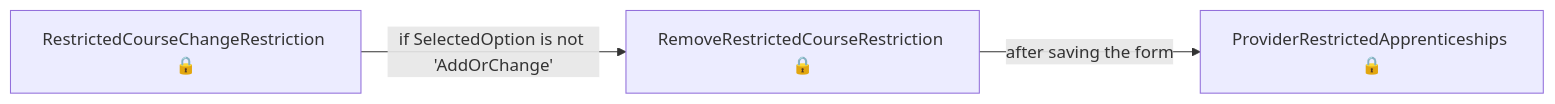
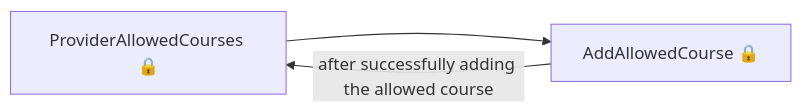
One commit to talentconsulting/atlas-dfe changed the fourth of 11 diagrams in das-admin-roatp-web/user-journeys/user-journeys.md. Above: the diagram before and after it, drawn with Mermaid. The commit also changed other lines of this file and 22 other files, not shown here.

````diff
--- a/das-admin-roatp-web/user-journeys/user-journeys.md
+++ b/das-admin-roatp-web/user-journeys/user-journeys.md
@@ -71,5 +61,5 @@
 ```mermaid
 flowchart LR
-  p0["RestrictedCourseChangeRestriction 🔒"] -->|"if SelectedOption is not 'AddOrChange'"| p1["RemoveRestrictedCourseRestriction 🔒"]
-  p1["RemoveRestrictedCourseRestriction 🔒"] -->|"after saving the form"| p2["ProviderRestrictedApprenticeships 🔒"]
+  p0["ProviderAllowedCourses 🔒"] --> p1["AddAllowedCourse 🔒"]
+  p1["AddAllowedCourse 🔒"] -->|"after successfully adding the allowed course"| p0["ProviderAllowedCourses 🔒"]
 ```
````
